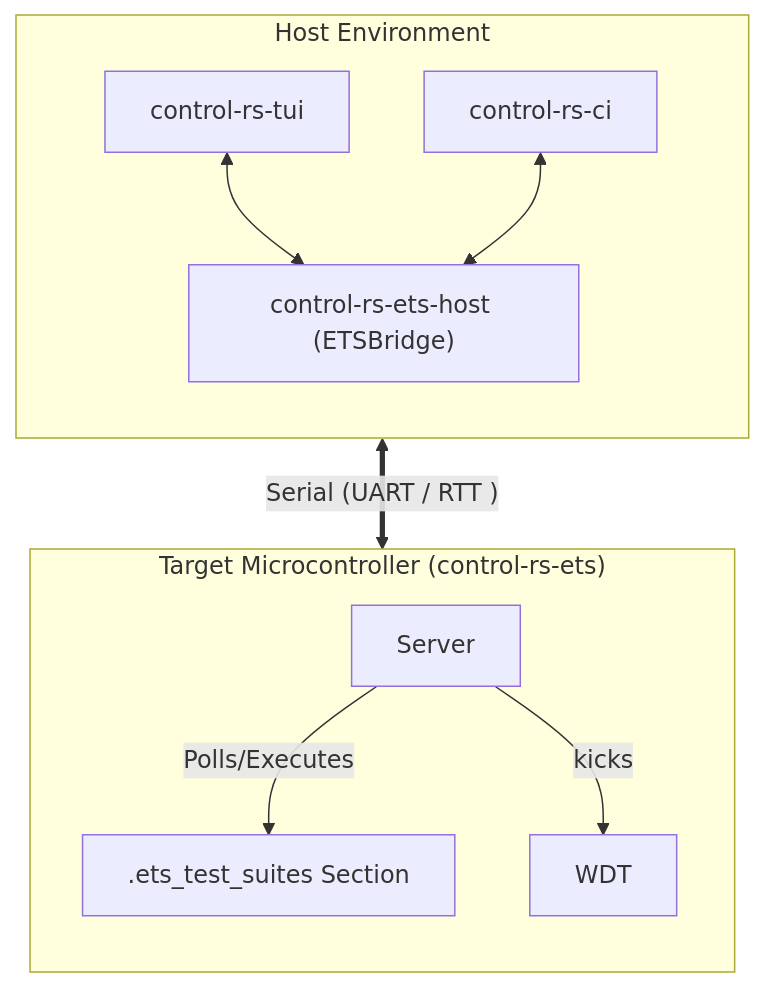
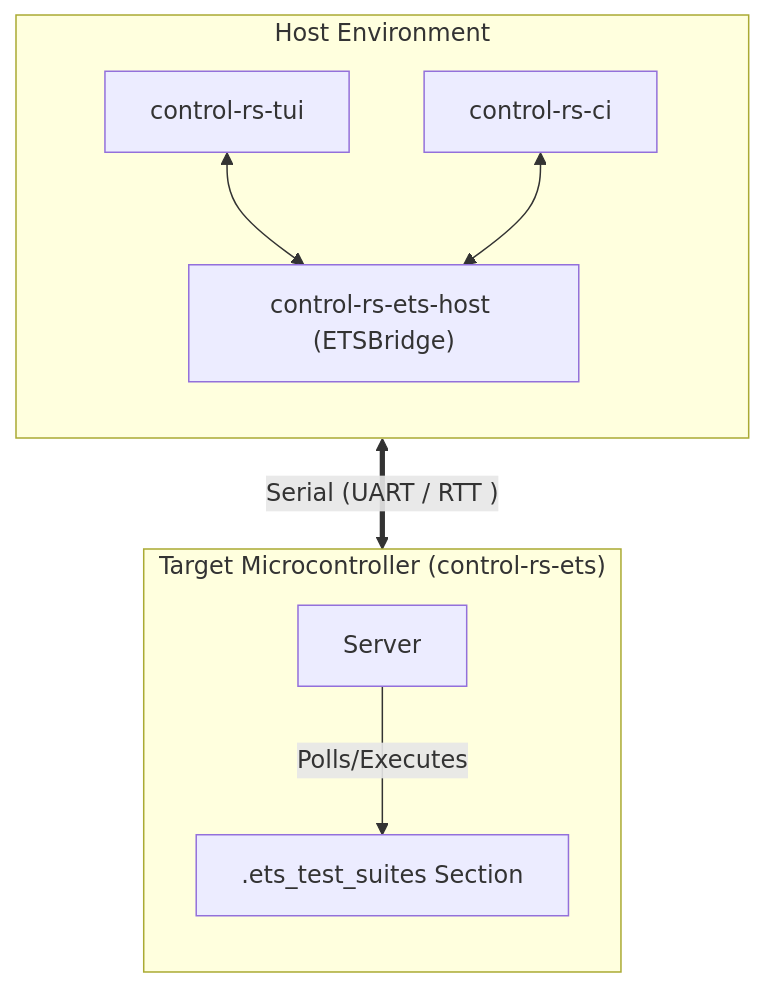
Before and after one commit to Dyse-Industries/control-rs: the first of 2 diagrams in documentation/ets/embedded-test-server-design.md, drawn with Mermaid. The commit also changed other lines of this file and 80 other files, not shown here.

````diff
--- a/documentation/ets/embedded-test-server-design.md
+++ b/documentation/ets/embedded-test-server-design.md
@@ -86,22 +87,20 @@
 ```mermaid
 flowchart TD
     Host <==>|" Serial (UART / RTT ) "| MCU["Target Microcontroller"]
 
     subgraph Host ["Host Environment"]
         direction TB
         TUI["control-rs-tui"]
         CI["control-rs-ci"]
         Bridge["control-rs-ets-host (ETSBridge)"]
         TUI <--> Bridge
         CI <--> Bridge
     end
 
     subgraph MCU ["Target Microcontroller (control-rs-ets)"]
         direction TB
         Server["Server"]
-        WatchDog["WDT"]
         Registry[".ets_test_suites Section"]
         Server -->|Polls/Executes| Registry
-        Server -->|kicks| WatchDog
     end
 ```
````
